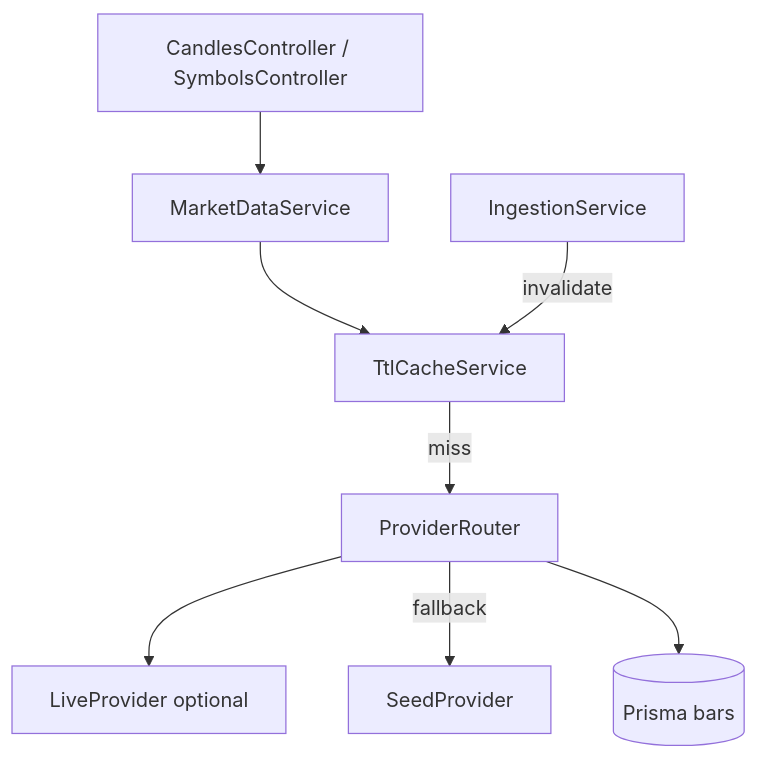
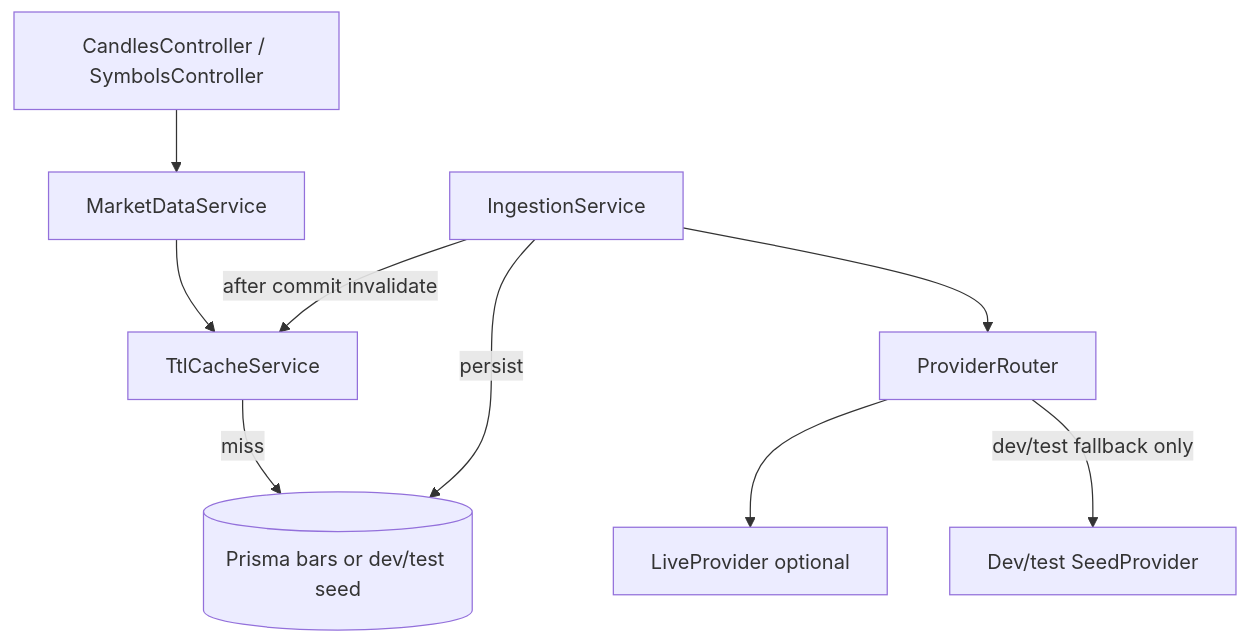
Before and after one commit to JustinPaoletta/BitStockerz: the diagram in docs/plans/sprint-7-1-polish-caching.md, drawn with Mermaid. The commit also changed other lines of this file and 232 other files, not shown here.

````diff
--- a/docs/plans/sprint-7-1-polish-caching.md
+++ b/docs/plans/sprint-7-1-polish-caching.md
@@ -126,18 +135,20 @@
 ```mermaid
 flowchart TB
   Ctrl[CandlesController / SymbolsController]
   MDS[MarketDataService]
   Cache[TtlCacheService]
+  Local[(Prisma bars or dev/test seed)]
+  Ingest[IngestionService]
   Router[ProviderRouter]
   Live[LiveProvider optional]
-  Seed[SeedProvider]
-  DB[(Prisma bars)]
+  Seed[Dev/test SeedProvider]
 
   Ctrl --> MDS
   MDS --> Cache
-  Cache -->|miss| Router
+  Cache -->|miss| Local
+  Ingest --> Router
   Router --> Live
-  Router -->|fallback| Seed
-  Router --> DB
-  Ingest[IngestionService] -->|invalidate| Cache
+  Router -->|dev/test fallback only| Seed
+  Ingest -->|persist| Local
+  Ingest -->|after commit invalidate| Cache
 ```
````
